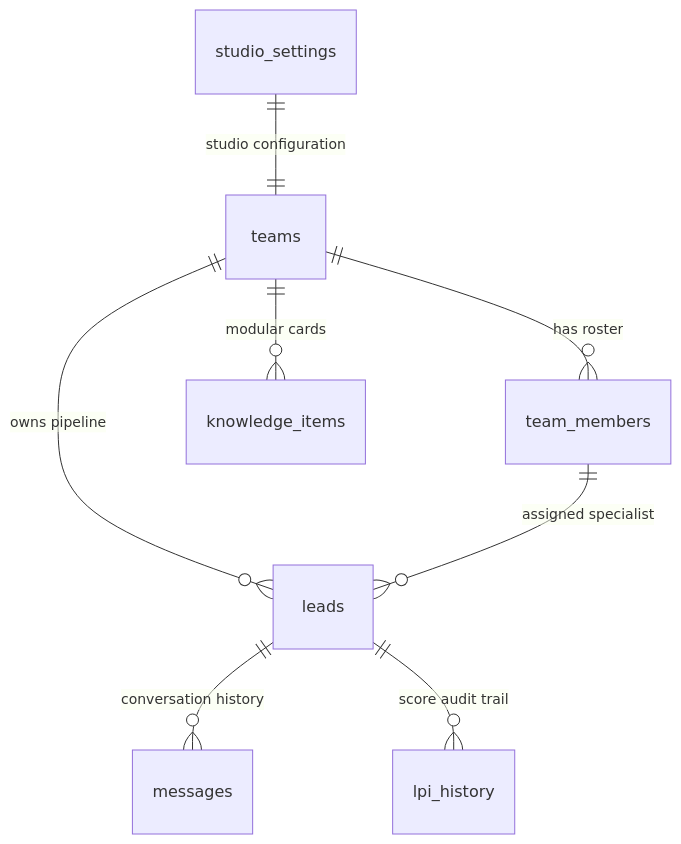
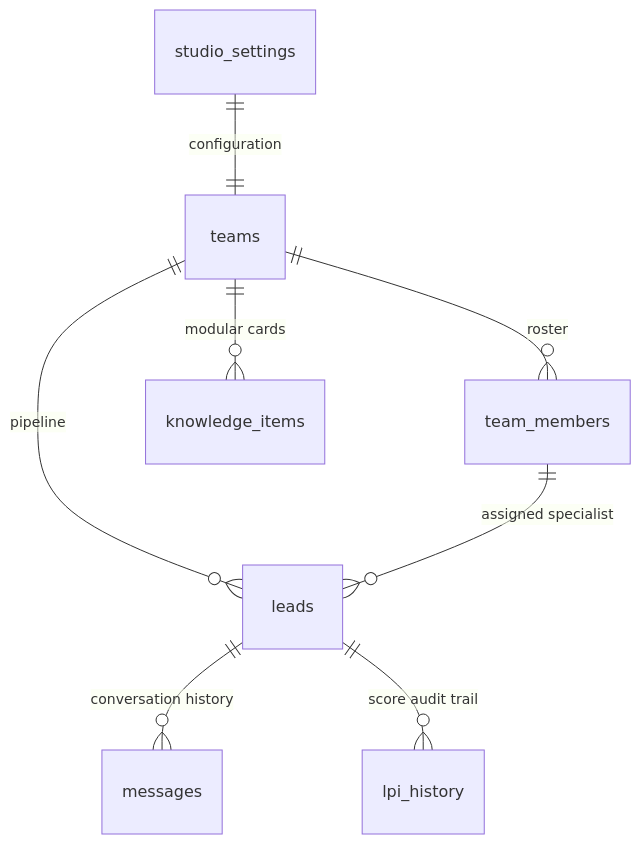
Before and after one commit to 25sampod/marketing-machine: the second of 2 diagrams in README.md, drawn with Mermaid. The commit also changed other lines of this file, not shown here.

Commit message:
docs: balance documentation for developers and technical stakeholders with rigorous engineering architecture

````diff
--- a/README.md
+++ b/README.md
@@ -295,10 +286,10 @@
 ```mermaid
 erDiagram
-    teams ||--o{ team_members : "has roster"
-    teams ||--o{ leads : "owns pipeline"
+    teams ||--o{ team_members : "roster"
+    teams ||--o{ leads : "pipeline"
     team_members ||--o{ leads : "assigned specialist"
     leads ||--o{ messages : "conversation history"
     leads ||--o{ lpi_history : "score audit trail"
     teams ||--o{ knowledge_items : "modular cards"
-    studio_settings ||--|| teams : "studio configuration"
+    studio_settings ||--|| teams : "configuration"
 ```
````
